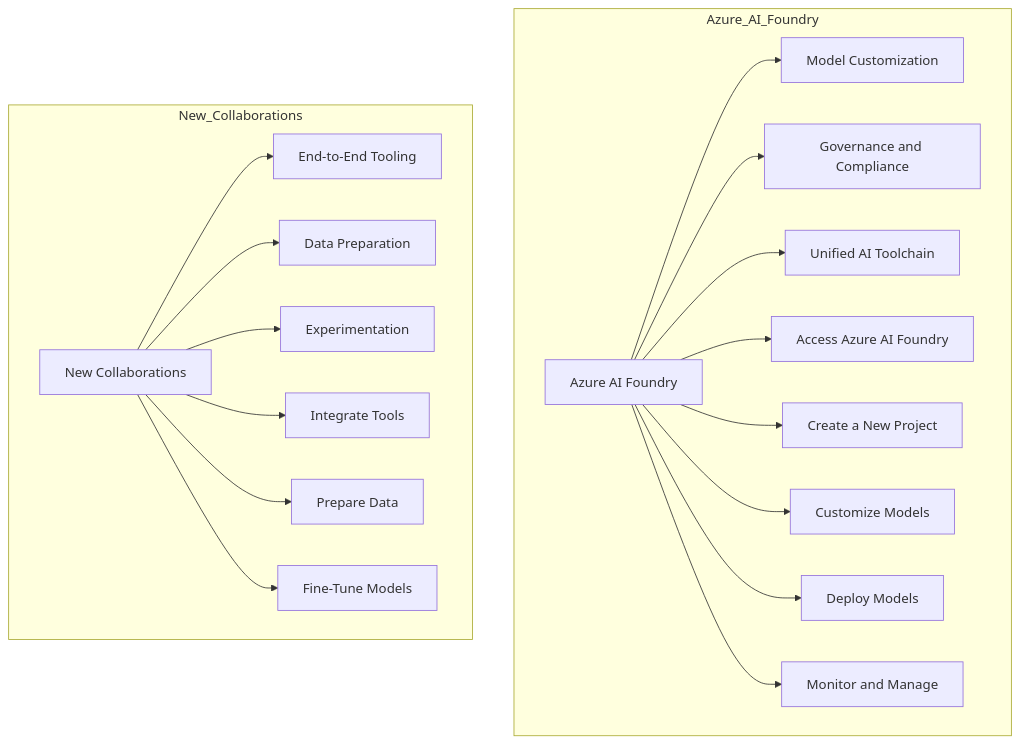
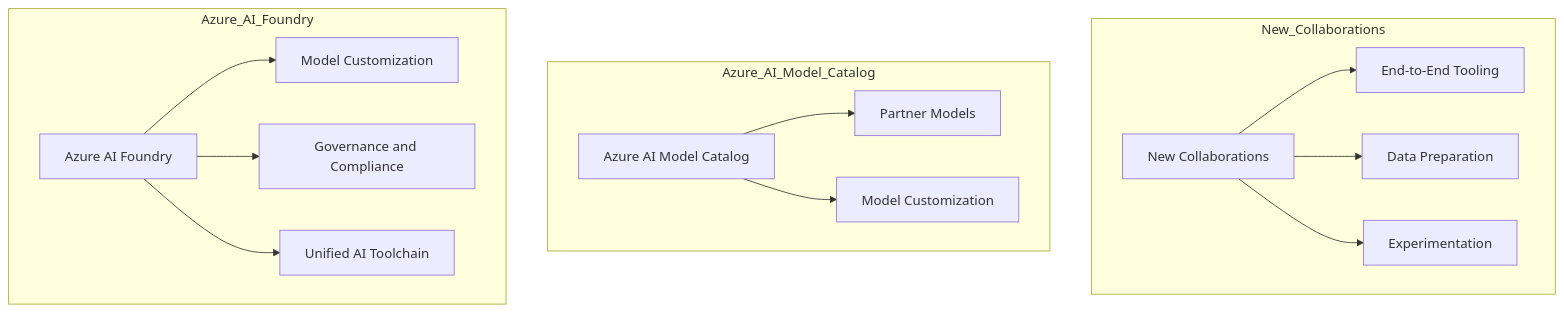
The first of 4 diagrams in 0_Azure/3_AzureAI/_IgniteNews/2024.md (brown9804/MicrosoftCloudEssentialsHub), drawn with Mermaid before and after one commit. The commit also changed other lines of this file, not shown here.

````diff
--- a/0_Azure/3_AzureAI/_IgniteNews/2024.md
+++ b/0_Azure/3_AzureAI/_IgniteNews/2024.md
@@ -36,41 +51,33 @@
 ```mermaid
 graph TD
+    subgraph New_Collaborations
+        B1[New Collaborations]
+        B2[End-to-End Tooling]
+        B3[Data Preparation]
+        B4[Experimentation]
+
+        B1 --> B2
+        B1 --> B3
+        B1 --> B4
+    end
+
+    subgraph Azure_AI_Model_Catalog
+        E1[Azure AI Model Catalog]
+        E2[Partner Models]
+        E3[Model Customization]
+
+        E1 --> E2
+        E1 --> E3
+    end
 
     subgraph Azure_AI_Foundry
         A1[Azure AI Foundry]
         A2[Model Customization]
         A3[Governance and Compliance]
         A4[Unified AI Toolchain]
-        A5[Access Azure AI Foundry]
-        A6[Create a New Project]
-        A7[Customize Models]
-        A8[Deploy Models]
-        A9[Monitor and Manage]
 
         A1 --> A2
         A1 --> A3
         A1 --> A4
-        A1 --> A5
-        A1 --> A6
-        A1 --> A7
-        A1 --> A8
-        A1 --> A9
-    end
-
-    subgraph New_Collaborations
-        B1[New Collaborations]
-        B2[End-to-End Tooling]
-        B3[Data Preparation]
-        B4[Experimentation]
-        B5[Integrate Tools]
-        B6[Prepare Data]
-        B7[Fine-Tune Models]
-
-        B1 --> B2
-        B1 --> B3
-        B1 --> B4
-        B1 --> B5
-        B1 --> B6
-        B1 --> B7
     end
 ```
````
